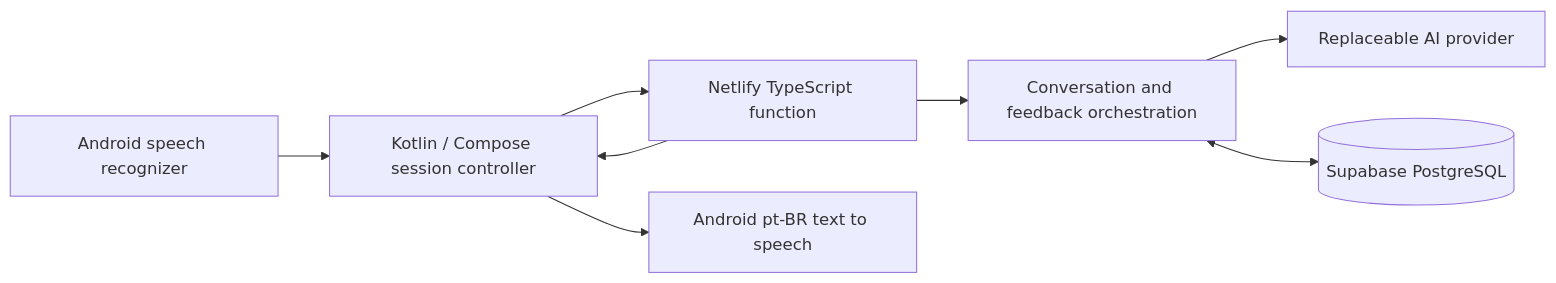
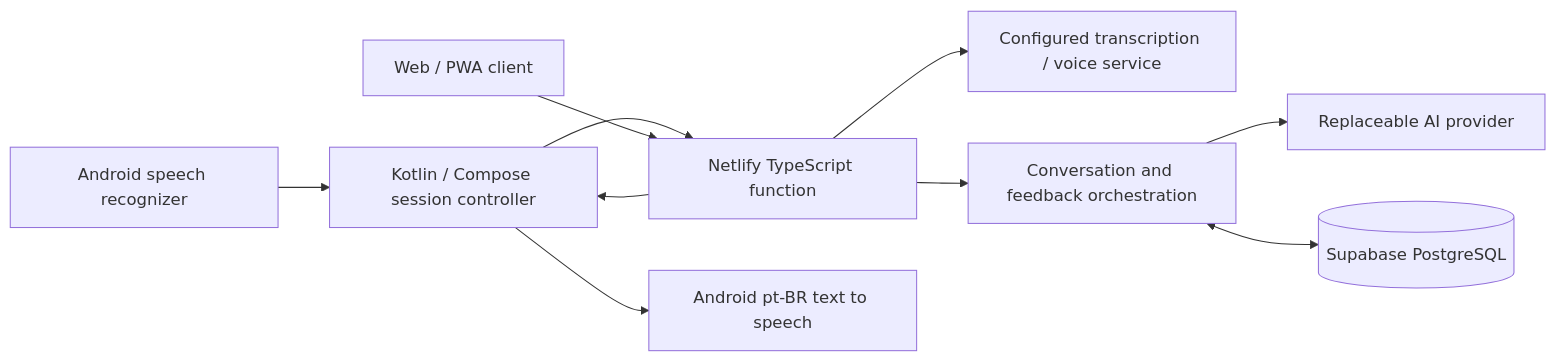
One commit to gdarmon/SpeechApp changed the diagram in docs/architecture.md. Above: the diagram before and after it, drawn with Mermaid. The commit also changed other lines of this file and 15 other files, not shown here.

````diff
--- a/docs/architecture.md
+++ b/docs/architecture.md
@@ -7,10 +7,12 @@
 ```mermaid
 flowchart LR
     Mic[Android speech recognizer] --> Client[Kotlin / Compose session controller]
     Client --> API[Netlify TypeScript function]
+    Browser[Web / PWA client] --> API
+    API --> WebAudio[Configured transcription / voice service]
     API --> Coach[Conversation and feedback orchestration]
     Coach --> Provider[Replaceable AI provider]
     Coach <--> DB[(Supabase PostgreSQL)]
     API --> Client
     Client --> Speech[Android pt-BR text to speech]
 ```
````
